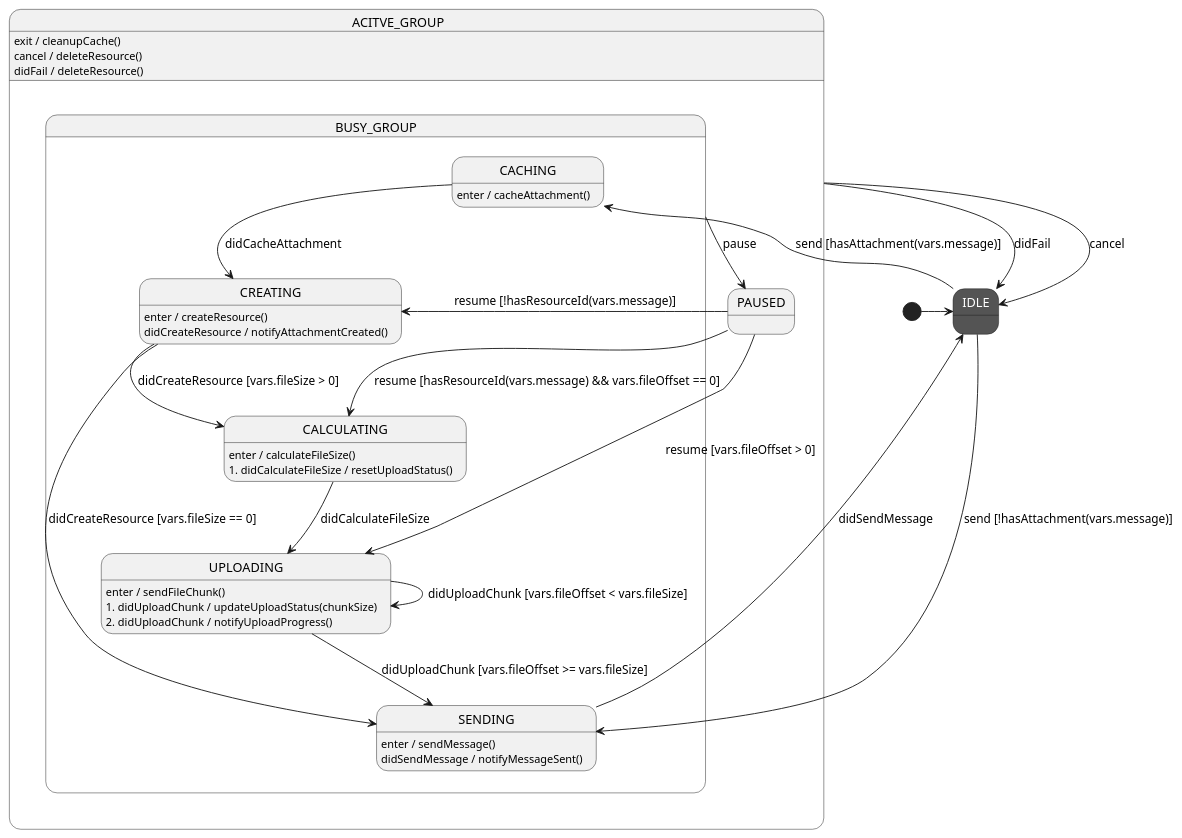
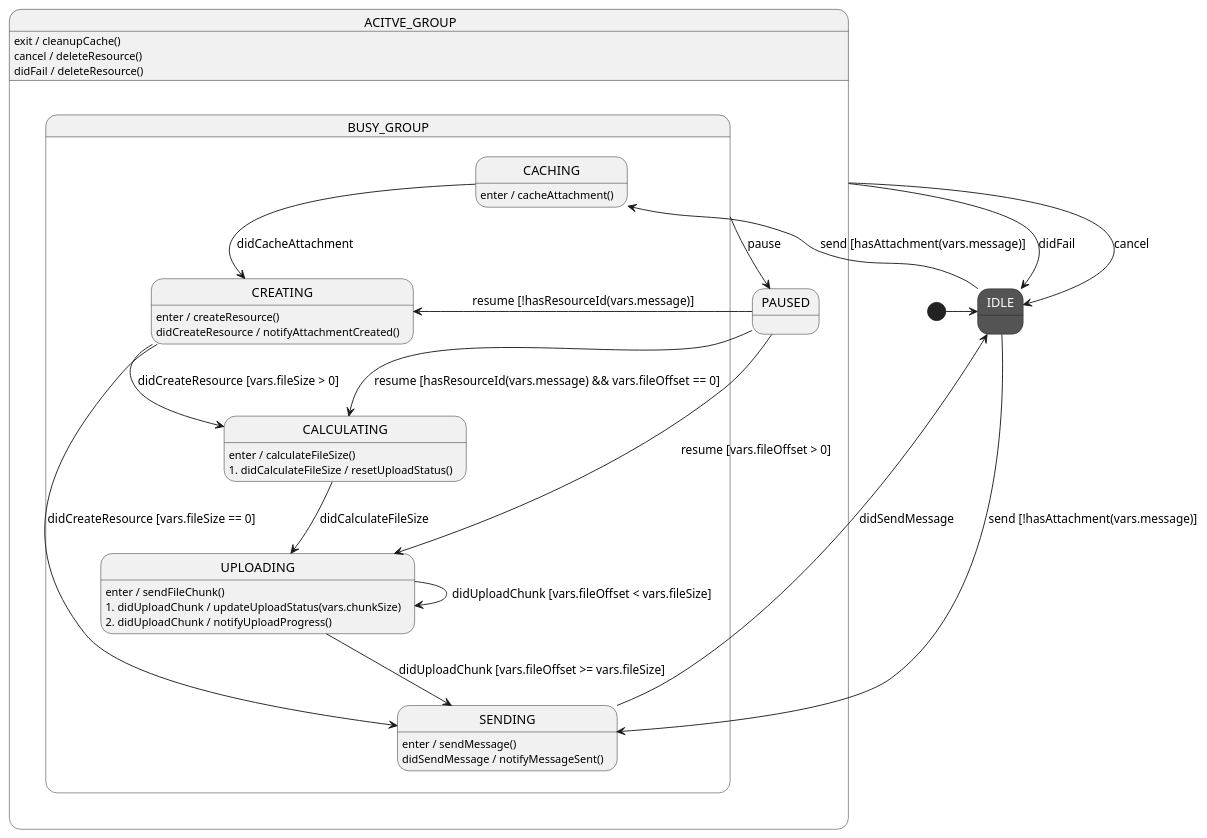
Before and after one commit to ALabrada/StateSmith: the diagram in src/test-misc/examples/FileUpload/FileUpload.plantuml, drawn with PlantUML. The commit also changed 6 other files, not shown here.

```diff
--- a/src/test-misc/examples/FileUpload/FileUpload.plantuml
+++ b/src/test-misc/examples/FileUpload/FileUpload.plantuml
@@ -1,121 +1,121 @@
 @startuml FileUpload
 
 /'
   This diagram is just a sample to show what the syntax can look like.
   
   We don't yet generate fully working examples for every supported language.
   This starting template is language agnostic.
 '/
 
 ' ///////////////////////////// STYLES /////////////////////////////
 ' Define some colors for the states. Totally optional.
 skinparam state {
     ' red style:
     BackgroundColor<<red>> a20025
     FontColor<<red>> white
     ' dark style:
     BackgroundColor<<dark>> 545454
     FontColor<<dark>> white
 }
 
 ' //////////////////////// STATE ORGANIZATION ///////////////////////
 ' Note: StateSmith treats state names and events as case insensitive.
 ' More info: https://github.com/StateSmith/StateSmith/wiki/PlantUML
 
 state IDLE <<dark>>
 
 state ACITVE_GROUP {
     state PAUSED
 
     state BUSY_GROUP {
         state CACHING
         state CREATING
         state CALCULATING
         state UPLOADING
         state SENDING
     }
 }
 
 ' ///////////////////////// STATE HANDLERS /////////////////////////
 ' Syntax https://github.com/StateSmith/StateSmith/wiki/Behaviors
 
 [*] -> IDLE
 
 'IDLE
 IDLE --> CACHING : send [hasAttachment(vars.message)]
 IDLE --> SENDING : send [!hasAttachment(vars.message)]
 
 'PAUSED
 PAUSED --> CREATING : resume [!hasResourceId(vars.message)]
 PAUSED --> CALCULATING : resume [hasResourceId(vars.message) && vars.fileOffset == 0]
 PAUSED --> UPLOADING : resume [vars.fileOffset > 0]
 
 'ACITVE_GROUP
 ACITVE_GROUP: exit / cleanupCache()
 ACITVE_GROUP: cancel / deleteResource()
 ACITVE_GROUP: didFail / deleteResource()
 ACITVE_GROUP --> IDLE : cancel
 ACITVE_GROUP --> IDLE : didFail
 
 'BUSY_GROUP
 BUSY_GROUP --> PAUSED : pause
 
 'CACHING
 CACHING: enter / cacheAttachment()
 CACHING --> CREATING : didCacheAttachment
 
 'CREATING
 CREATING: enter / createResource()
 CREATING: didCreateResource / notifyAttachmentCreated()
 CREATING --> CALCULATING : didCreateResource [vars.fileSize > 0]
 CREATING --> SENDING : didCreateResource [vars.fileSize == 0]
 
 'CALCULATING
 CALCULATING: enter / calculateFileSize()
 CALCULATING: 1. didCalculateFileSize / resetUploadStatus()
 CALCULATING --> UPLOADING : didCalculateFileSize
 
 'UPLOADING
 UPLOADING: enter / sendFileChunk()
-UPLOADING: 1. didUploadChunk / updateUploadStatus(chunkSize)
+UPLOADING: 1. didUploadChunk / updateUploadStatus(vars.chunkSize)
 UPLOADING: 2. didUploadChunk / notifyUploadProgress()
 UPLOADING --> UPLOADING : didUploadChunk [vars.fileOffset < vars.fileSize]
 UPLOADING --> SENDING : didUploadChunk [vars.fileOffset >= vars.fileSize]
 
 'SENDING
 SENDING: enter / sendMessage()
 SENDING: didSendMessage / notifyMessageSent()
 SENDING --> IDLE : didSendMessage
 
 ' //////////////////////// StateSmith config ////////////////////////
 ' The below special comment block sets the StateSmith configuration.
 ' More info: https://github.com/StateSmith/StateSmith/issues/335
 ' Feel free to remove or modify it as needed.
 
 /'! $CONFIG : toml
 [RenderConfig]
 FileTop = """
     // Whatever you put in this `FileTop` section will end up 
     // being printed at the top of every generated code file.
     """
 AutoExpandedVars = """
     var message: ChatRoomMessage?
     var fileOffset = 0
     var fileSize = 0
     var chunkSize = 0
     """
 
 [RenderConfig.Swift]
 Imports = """
     // whatever you need to import here
     """
 # BaseList = "MyUserBaseClass, MyUserProtocol"
 ClassCode = """
     // Add custom code here to inject into the generated class.
     // Inheritance or composition might be a better choice.
     """
 
 [SmRunnerSettings]
 transpilerId = "Swift"
 '/
 @enduml
```
